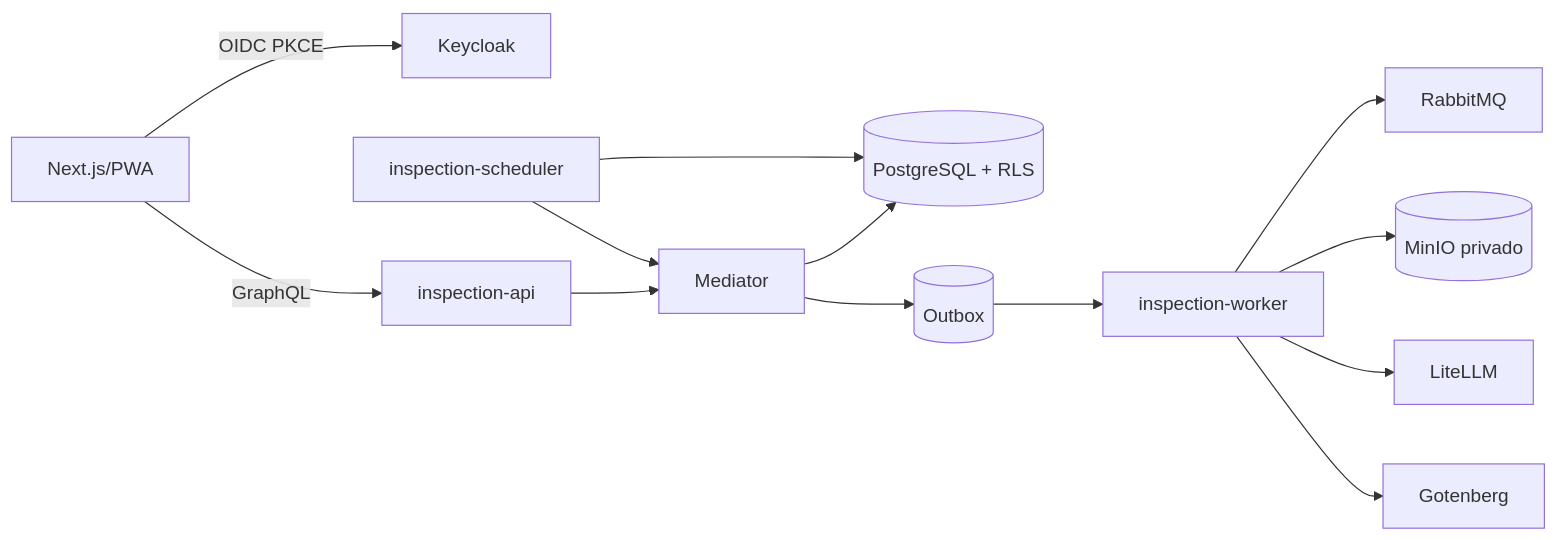
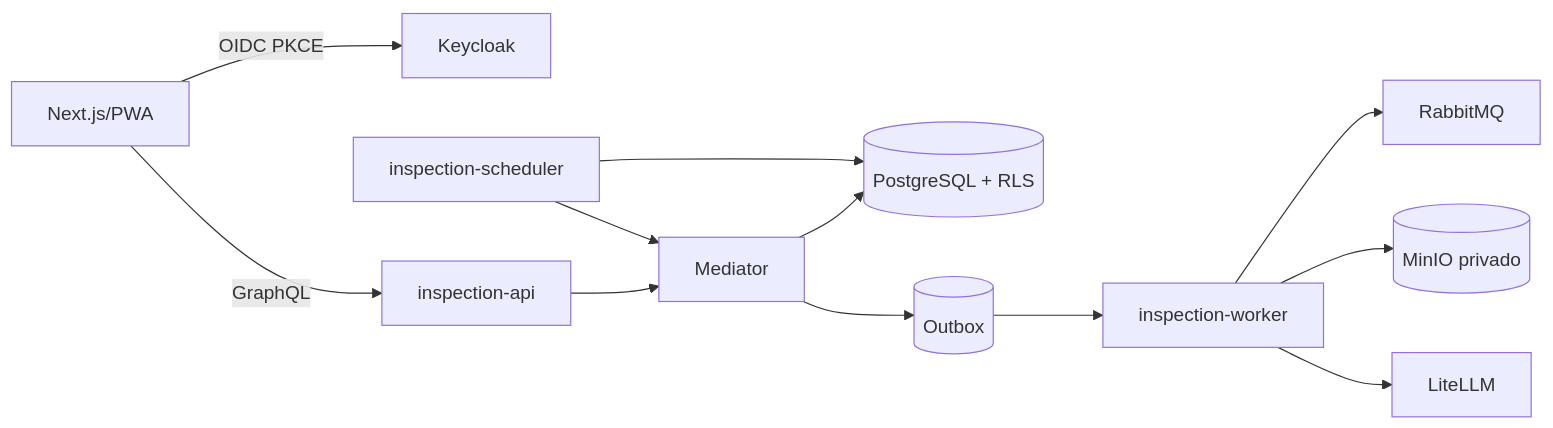
Before and after one commit to luarsistemas-hub/inspection: the diagram in docs/architecture.md, drawn with Mermaid. The commit also changed 45 other files, not shown here.

````diff
--- a/docs/architecture.md
+++ b/docs/architecture.md
@@ -5,15 +5,14 @@
 ```mermaid
 flowchart LR
  B[Next.js/PWA] -->|OIDC PKCE| K[Keycloak]
  B -->|GraphQL| A[inspection-api]
  A --> M[Mediator]
  M --> D[(PostgreSQL + RLS)]
  M --> O[(Outbox)]
  O --> W[inspection-worker]
  W --> R[RabbitMQ]
  W --> S[(MinIO privado)]
  W --> L[LiteLLM]
- W --> P[Gotenberg]
  T[inspection-scheduler] --> D
  T --> M
 ```
````
